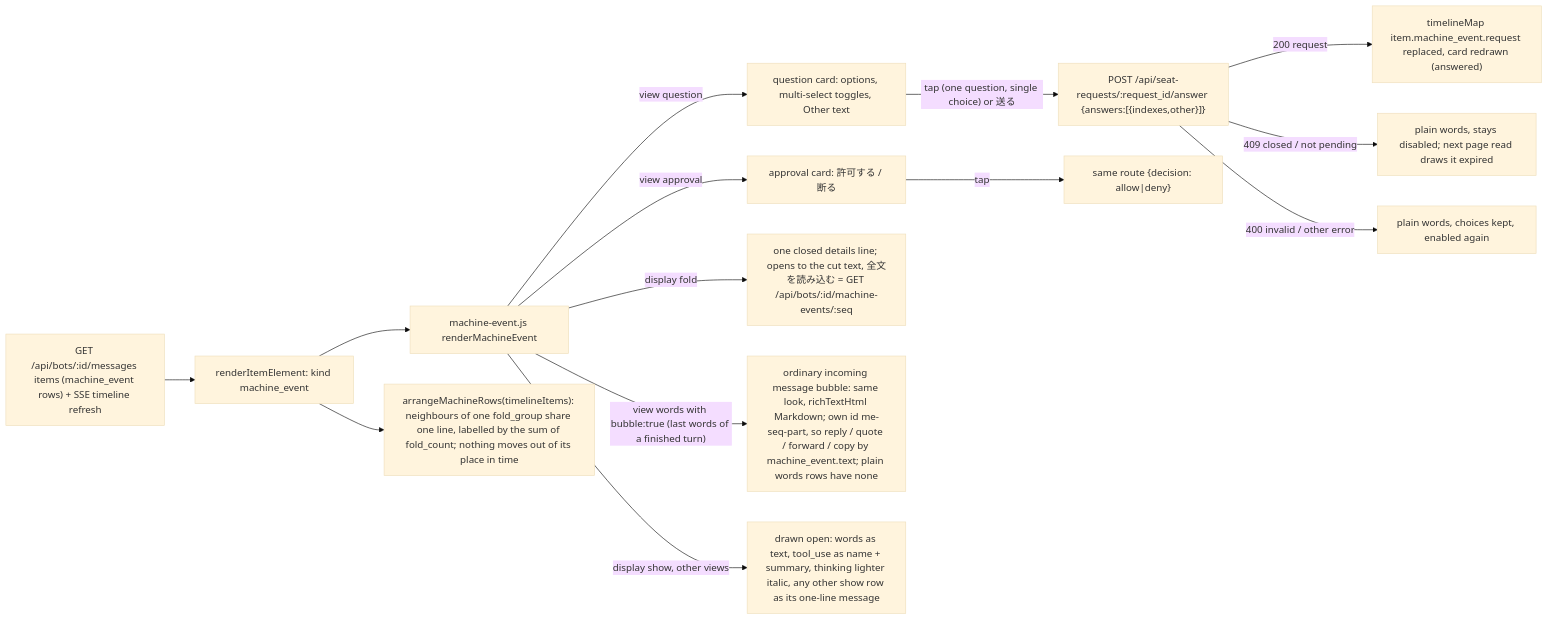
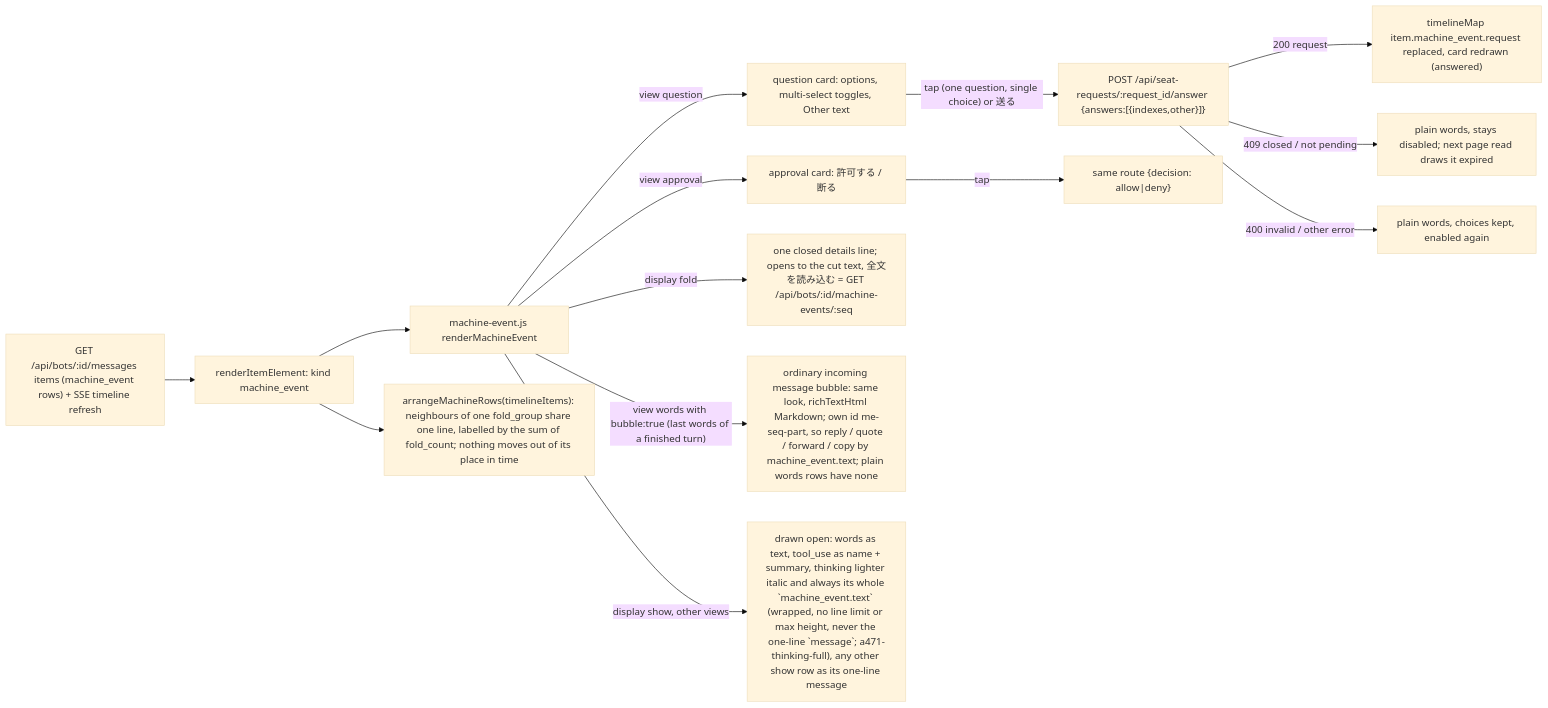
Before and after one commit to kitepon/BellTeam: diagram 16 of 16 in docs/architecture/modules/web/conversation.md, drawn with Mermaid (base theme). The commit also changed 1 other file, not shown here.

Commit message:
a471-thinking-full-web: a test that a shown thinking row draws its whole text; Web already did

````diff
--- a/docs/architecture/modules/web/conversation.md
+++ b/docs/architecture/modules/web/conversation.md
@@ -397,16 +397,16 @@
 ```mermaid
 flowchart LR
   Page["GET /api/bots/:id/messages items (machine_event rows) + SSE timeline refresh"] --> Item["renderItemElement: kind machine_event"]
   Item --> ME["machine-event.js renderMachineEvent"]
   ME -->|"view question"| Q["question card: options, multi-select toggles, Other text"]
   ME -->|"view approval"| A["approval card: 許可する / 断る"]
   ME -->|"display fold"| F["one closed details line; opens to the cut text, 全文を読み込む = GET /api/bots/:id/machine-events/:seq"]
   ME -->|"view words with bubble:true (last words of a finished turn)"| B["ordinary incoming message bubble: same look, richTextHtml Markdown; own id me-seq-part, so reply / quote / forward / copy by machine_event.text; plain words rows have none"]
-  ME -->|"display show, other views"| S["drawn open: words as text, tool_use as name + summary, thinking lighter italic, any other show row as its one-line message"]
+  ME -->|"display show, other views"| S["drawn open: words as text, tool_use as name + summary, thinking lighter italic and always its whole `machine_event.text` (wrapped, no line limit or max height, never the one-line `message`; a471-thinking-full), any other show row as its one-line message"]
   Item --> Arr["arrangeMachineRows(timelineItems): neighbours of one fold_group share one line, labelled by the sum of fold_count; nothing moves out of its place in time"]
   Q -->|"tap (one question, single choice) or 送る"| Post["POST /api/seat-requests/:request_id/answer {answers:[{indexes,other}]}"]
   A -->|"tap"| Post2["same route {decision: allow|deny}"]
   Post -->|"200 request"| Item2["timelineMap item.machine_event.request replaced, card redrawn (answered)"]
   Post -->|"409 closed / not pending"| Closed["plain words, stays disabled; next page read draws it expired"]
   Post -->|"400 invalid / other error"| Retry["plain words, choices kept, enabled again"]
 ```
````
